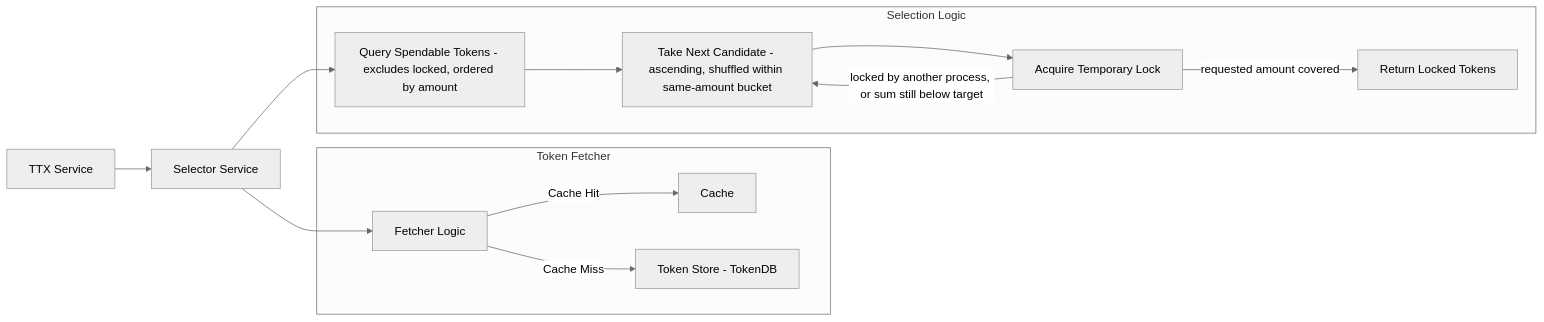
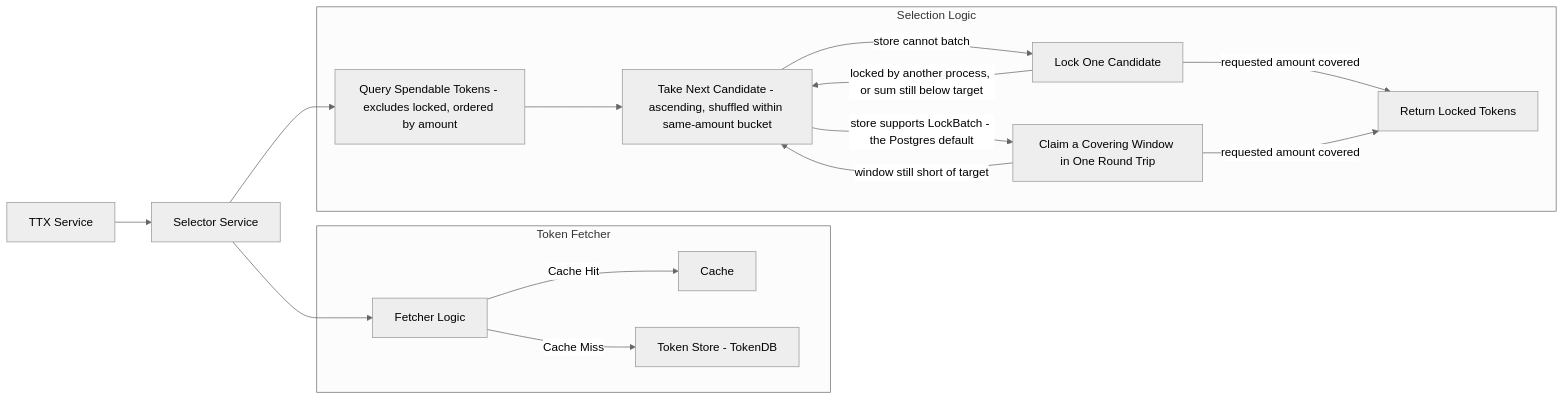
One commit to hyperledger-labs/fabric-token-sdk changed the diagram in docs/services/selector.md. Above: the diagram before and after it, drawn with Mermaid (neutral theme). The commit also changed other lines of this file and 9 other files, not shown here.

````diff
--- a/docs/services/selector.md
+++ b/docs/services/selector.md
@@ -16,24 +16,28 @@
 ```mermaid
 graph LR
     TTX[TTX Service] --> Selector[Selector Service]
-    
+
     subgraph "Token Fetcher"
         Fetcher[Fetcher Logic]
         Fetcher -->|Cache Hit| Cache[Cache]
         Fetcher -->|Cache Miss| TokenDB[Token Store - TokenDB]
     end
-    
+
     subgraph "Selection Logic"
         Query[Query Spendable Tokens - excludes locked, ordered by amount]
         Pick[Take Next Candidate - ascending, shuffled within same-amount bucket]
-        Lock[Acquire Temporary Lock]
+        LockOne[Lock One Candidate]
+        LockBatch[Claim a Covering Window in One Round Trip]
         Done[Return Locked Tokens]
     end
-    
+
     Selector --> Fetcher
     Selector --> Query
     Query --> Pick
-    Pick --> Lock
-    Lock -->|locked by another process, or sum still below target| Pick
-    Lock -->|requested amount covered| Done
+    Pick -->|store cannot batch| LockOne
+    Pick -->|store supports LockBatch - the Postgres default| LockBatch
+    LockOne -->|locked by another process, or sum still below target| Pick
+    LockBatch -->|window still short of target| Pick
+    LockOne -->|requested amount covered| Done
+    LockBatch -->|requested amount covered| Done
 ```
````
